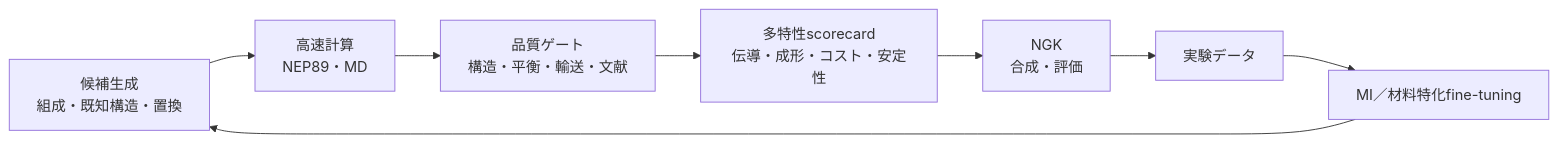
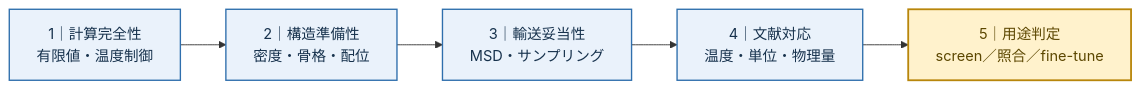
Before and after one commit to Long-Brian-Yang/li-research: the fifth of 6 diagrams in docs/presentations/pretrained_potential_screening_proposal_7min_ja.md, drawn with Mermaid. The commit also changed other lines of this file, not shown here.

Commit message:
Polish proposal workflows and decision architecture

````diff
--- a/docs/presentations/pretrained_potential_screening_proposal_7min_ja.md
+++ b/docs/presentations/pretrained_potential_screening_proposal_7min_ja.md
@@ -433,10 +479,12 @@
 ```mermaid
 flowchart LR
-    A[候補生成<br/>組成・既知構造・置換] --> B[高速計算<br/>NEP89・MD]
-    B --> C[品質ゲート<br/>構造・平衡・輸送・文献]
-    C --> D[多特性scorecard<br/>伝導・成形・コスト・安定性]
-    D --> E[NGK<br/>合成・評価]
-    E --> F[実験データ]
-    F --> G[MI／材料特化fine-tuning]
-    G --> A
+    A["1｜計算完全性<br/>有限値・温度制御"] --> B["2｜構造準備性<br/>密度・骨格・配位"]
+    B --> C["3｜輸送妥当性<br/>MSD・サンプリング"]
+    C --> D["4｜文献対応<br/>温度・単位・物理量"]
+    D --> E["5｜用途判定<br/>screen／照合／fine-tune"]
+
+    classDef check fill:#eaf2fb,stroke:#2f6fad,color:#17324d,stroke-width:1.5px;
+    classDef decision fill:#fff2cc,stroke:#b8860b,color:#5c4700,stroke-width:2px;
+    class A,B,C,D check;
+    class E decision;
 ```
````
